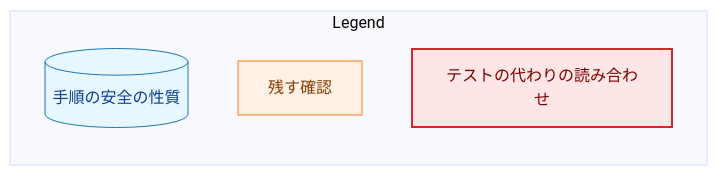
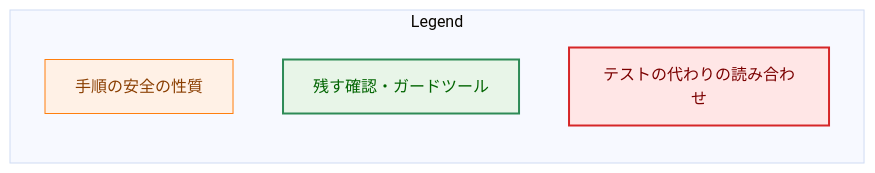
The eighth of 10 diagrams in docs/tasks/0038_doc_test_pruning/02_architecture.md (isseis/yt2column), drawn with Mermaid (base theme) before and after one commit. The commit also changed other lines of this file and 1 other file, not shown here.

First line of the commit message:
docs(0038): resolve the architecture review findings

````diff
--- a/docs/tasks/0038_doc_test_pruning/02_architecture.md
+++ b/docs/tasks/0038_doc_test_pruning/02_architecture.md
@@ -582,16 +643,16 @@
 ```mermaid
 flowchart LR
-    classDef data fill:#e6f7ff,stroke:#1f77b4,stroke-width:1px,color:#0b3d91;
     classDef process fill:#fff1e6,stroke:#ff7f0e,stroke-width:1px,color:#8a3e00;
+    classDef enhanced fill:#e8f5e8,stroke:#2e8b57,stroke-width:2px,color:#006400;
     classDef problem fill:#ffe6e6,stroke:#d62728,stroke-width:2px,color:#7b0000;
 
     subgraph Legend["Legend"]
-        L1[("手順の安全の性質")]
-        L2["残す確認"]
+        L1["手順の安全の性質"]
+        L2["残す確認・ガードツール"]
         L3["テストの代わりの読み合わせ"]
     end
 
-    class L1 data
-    class L2 process
+    class L1 process
+    class L2 enhanced
     class L3 problem
 ```
````
